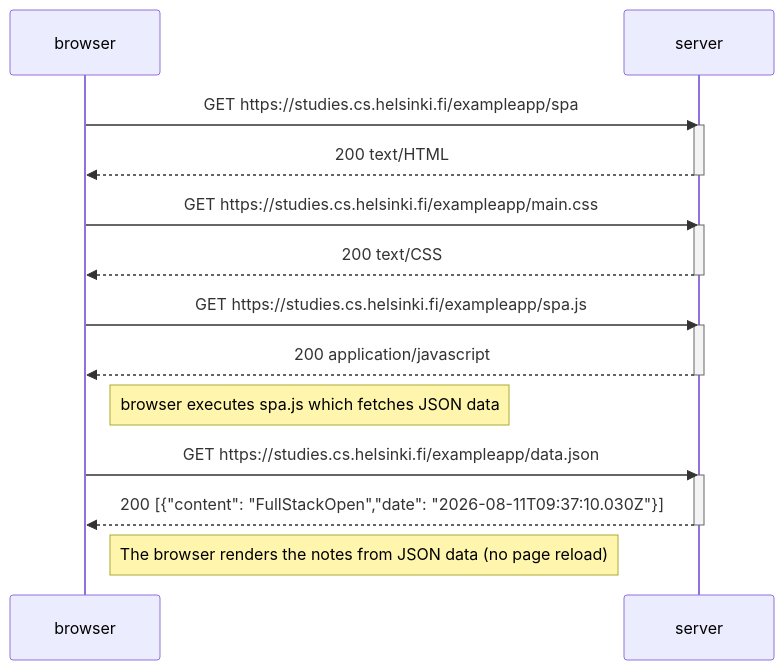
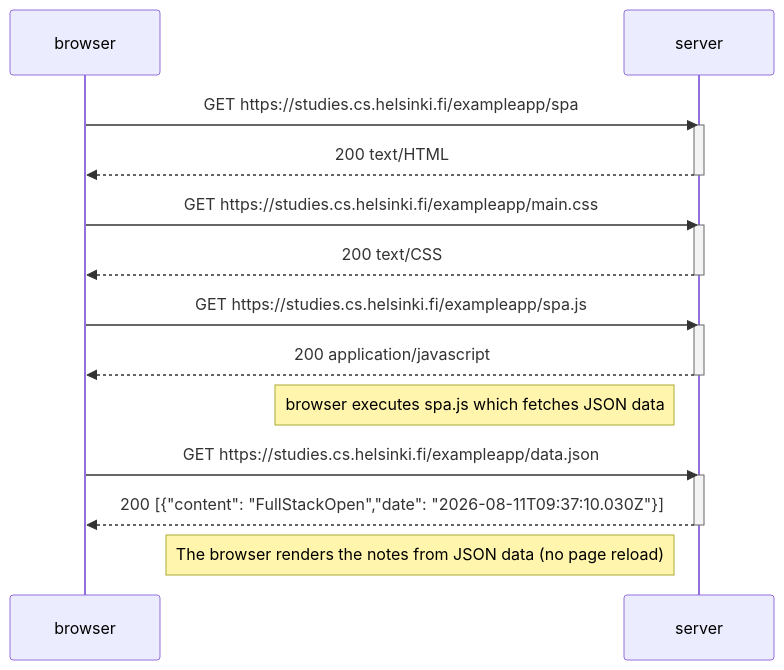
One commit to CodeWithVinayakKamble/fullstackopen changed the diagram in part0/0.5-single-page-app-diagram.md. Above: the diagram before and after it, drawn with Mermaid.

Commit message:
correction in 0.5

````diff
--- a/part0/0.5-single-page-app-diagram.md
+++ b/part0/0.5-single-page-app-diagram.md
@@ -3,29 +3,29 @@
 ```mermaid
 sequenceDiagram
 
     participant browser
     participant server
 
     browser->>server: GET https://studies.cs.helsinki.fi/exampleapp/spa
     activate server
     server-->>browser: 200 text/HTML
     deactivate server 
 
     browser->>server: GET https://studies.cs.helsinki.fi/exampleapp/main.css
     activate server
     server-->>browser: 200 text/CSS
     deactivate server 
 
     browser->>server: GET https://studies.cs.helsinki.fi/exampleapp/spa.js
     activate server
     server-->>browser: 200 application/javascript
     deactivate server 
 
-    note right of browser: browser executes spa.js which fetches JSON data
+    note left of server: browser executes spa.js which fetches JSON data
     browser->>server: GET https://studies.cs.helsinki.fi/exampleapp/data.json
     activate server
     server-->>browser: 200 [{"content": "FullStackOpen","date": "2026-08-11T09:37:10.030Z"}]
     deactivate server 
 
-    note right of browser: The browser renders the notes from JSON data (no page reload)
+    note left of server: The browser renders the notes from JSON data (no page reload)
 ```
````
